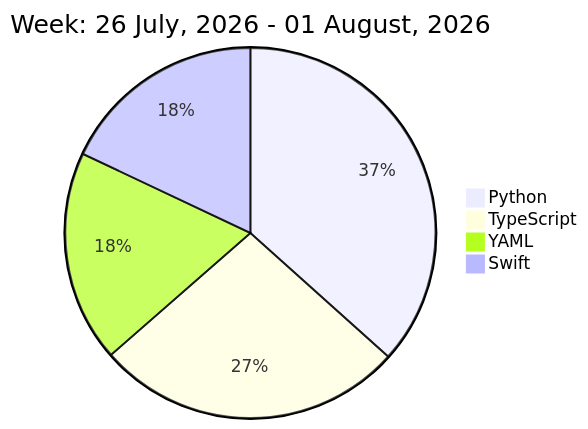
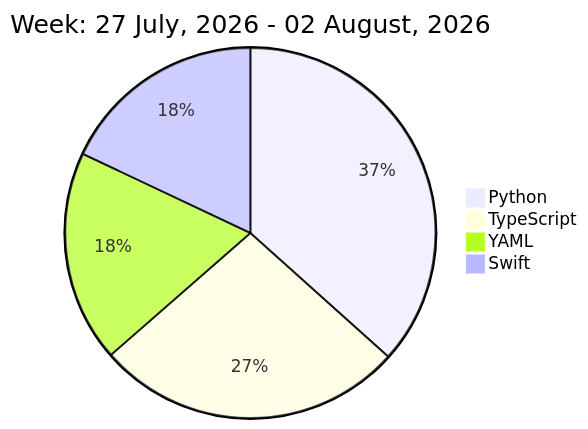
The diagram in README.md (liubin95/liubin95), drawn with Mermaid before and after one commit.

Commit message:
Updated the Graph with new Metrics

````diff
--- a/README.md
+++ b/README.md
@@ -32,8 +32,8 @@
 ```mermaid
  pie
-title Week: 26 July, 2026 - 01 August, 2026
+title Week: 27 July, 2026 - 02 August, 2026
  "Python" : 5.4
  "TypeScript" : 3.97
  "YAML" : 2.72
  "Swift" : 2.65
 ```
````
